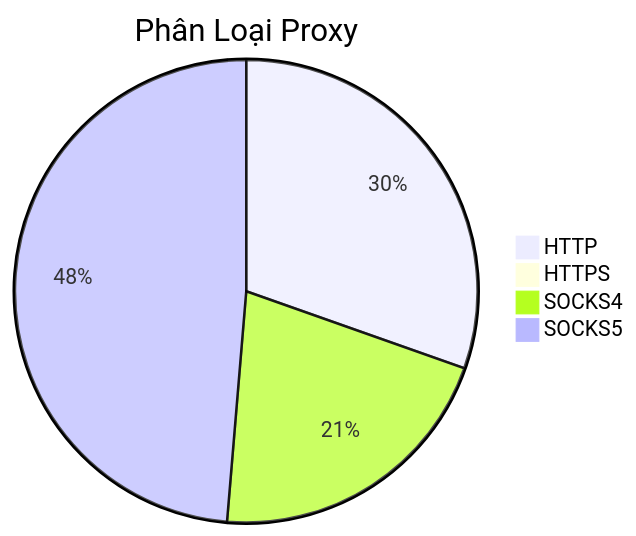
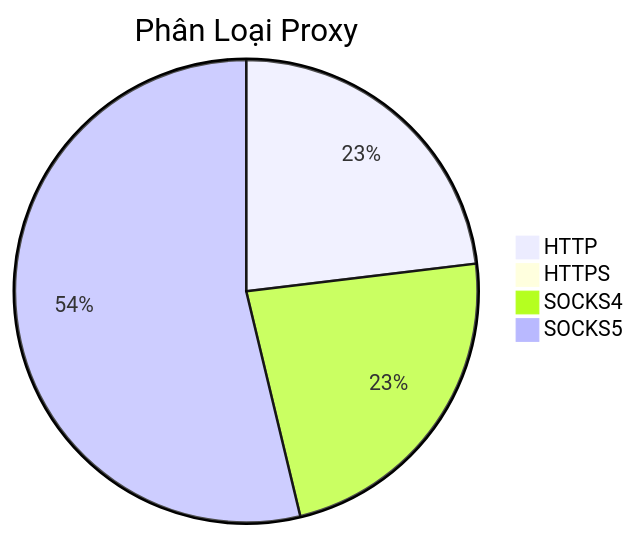
The diagram in README.md (Ciara-Aa/PROXY-free), drawn with Mermaid before and after one commit. The commit also changed other lines of this file and 4 other files, not shown here.

````diff
--- a/README.md
+++ b/README.md
@@ -26,7 +26,7 @@
 ```mermaid
 pie title Phân Loại Proxy
-    "HTTP" : 539
-    "HTTPS" : 8
-    "SOCKS4" : 371
-    "SOCKS5" : 863
+    "HTTP" : 403
+    "HTTPS" : 6
+    "SOCKS4" : 404
+    "SOCKS5" : 938
 ```
````
